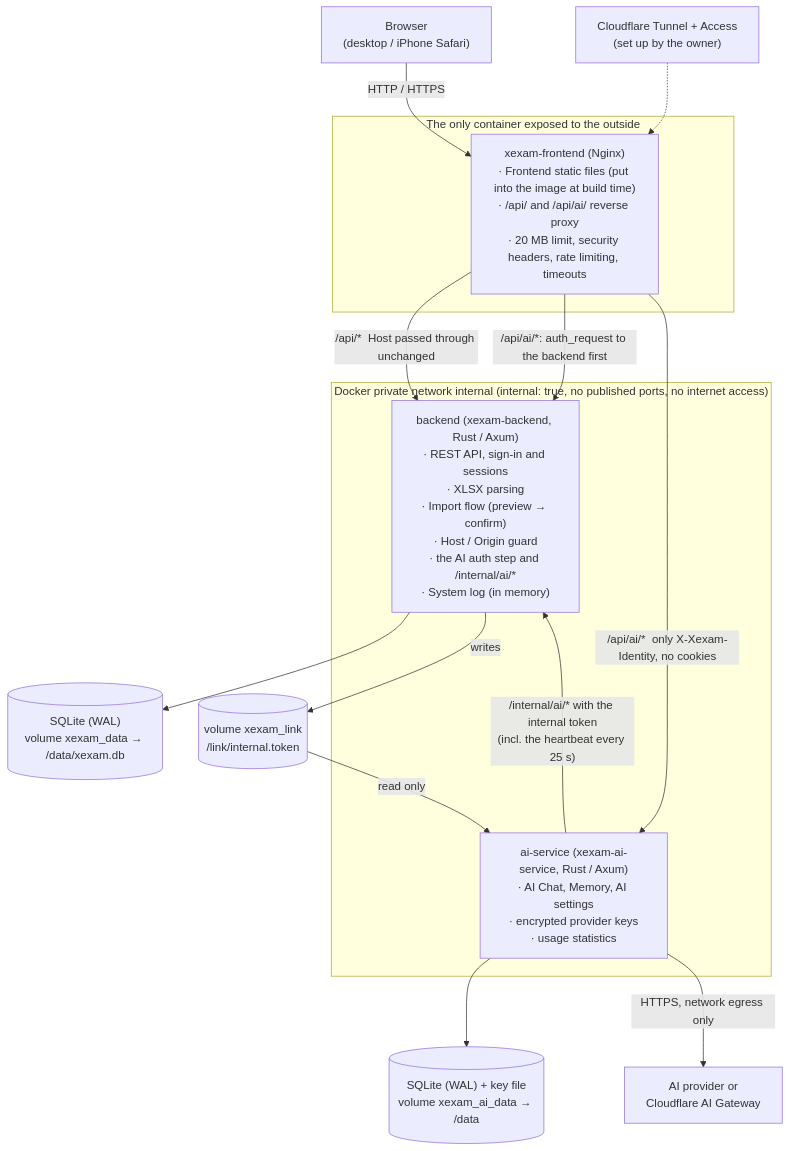
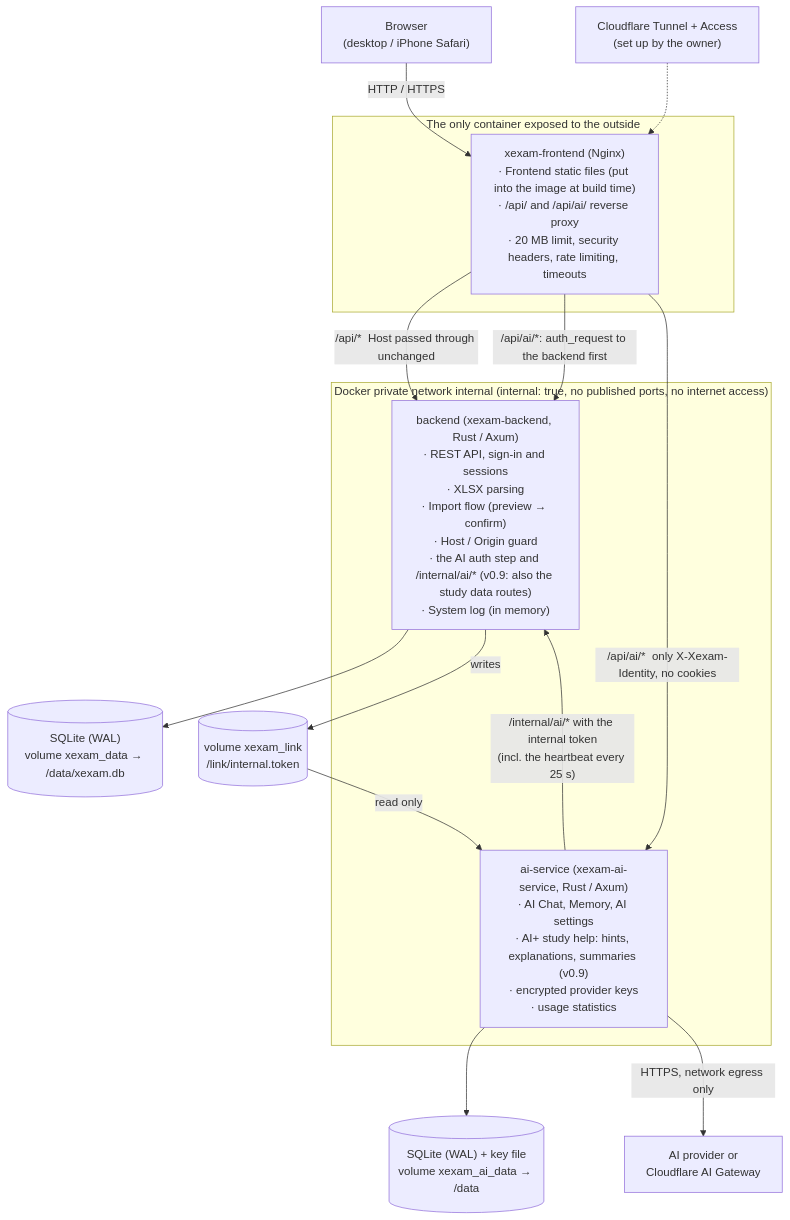
Before and after one commit to Yumin-Space/xexam: the first of 8 diagrams in docs/en/architecture.md, drawn with Mermaid. The commit also changed other lines of this file and 228 other files, not shown here.

First line of the commit message:
v0.9: AI hints and explanations in practice, AI analysis of results, AI summaries of wrong answers (AI+ only)

````diff
--- a/docs/en/architecture.md
+++ b/docs/en/architecture.md
@@ -10,21 +10,21 @@
 ```mermaid
 flowchart TB
     U["Browser<br/>(desktop / iPhone Safari)"] -->|"HTTP / HTTPS"| N
     subgraph pub["The only container exposed to the outside"]
         N["xexam-frontend (Nginx)<br/>· Frontend static files (put into the image at build time)<br/>· /api/ and /api/ai/ reverse proxy<br/>· 20 MB limit, security headers, rate limiting, timeouts"]
     end
     subgraph priv["Docker private network internal (internal: true, no published ports, no internet access)"]
-        B["backend (xexam-backend, Rust / Axum)<br/>· REST API, sign-in and sessions<br/>· XLSX parsing<br/>· Import flow (preview → confirm)<br/>· Host / Origin guard<br/>· the AI auth step and /internal/ai/*<br/>· System log (in memory)"]
-        A["ai-service (xexam-ai-service, Rust / Axum)<br/>· AI Chat, Memory, AI settings<br/>· encrypted provider keys<br/>· usage statistics"]
+        B["backend (xexam-backend, Rust / Axum)<br/>· REST API, sign-in and sessions<br/>· XLSX parsing<br/>· Import flow (preview → confirm)<br/>· Host / Origin guard<br/>· the AI auth step and /internal/ai/* (v0.9: also the study data routes)<br/>· System log (in memory)"]
+        A["ai-service (xexam-ai-service, Rust / Axum)<br/>· AI Chat, Memory, AI settings<br/>· AI+ study help: hints, explanations, summaries (v0.9)<br/>· encrypted provider keys<br/>· usage statistics"]
     end
     N -->|"/api/*  Host passed through unchanged"| B
     N -->|"/api/ai/*: auth_request to the backend first"| B
     N -->|"/api/ai/*  only X-Xexam-Identity, no cookies"| A
     A -->|"/internal/ai/* with the internal token<br/>(incl. the heartbeat every 25 s)"| B
     B --> D[("SQLite (WAL)<br/>volume xexam_data → /data/xexam.db")]
     A --> AD[("SQLite (WAL) + key file<br/>volume xexam_ai_data → /data")]
     B -->|"writes"| L[("volume xexam_link<br/>/link/internal.token")]
     L -->|"read only"| A
     A -->|"HTTPS, network egress only"| P["AI provider or<br/>Cloudflare AI Gateway"]
     CF["Cloudflare Tunnel + Access<br/>(set up by the owner)"] -.-> N
 ```
````
